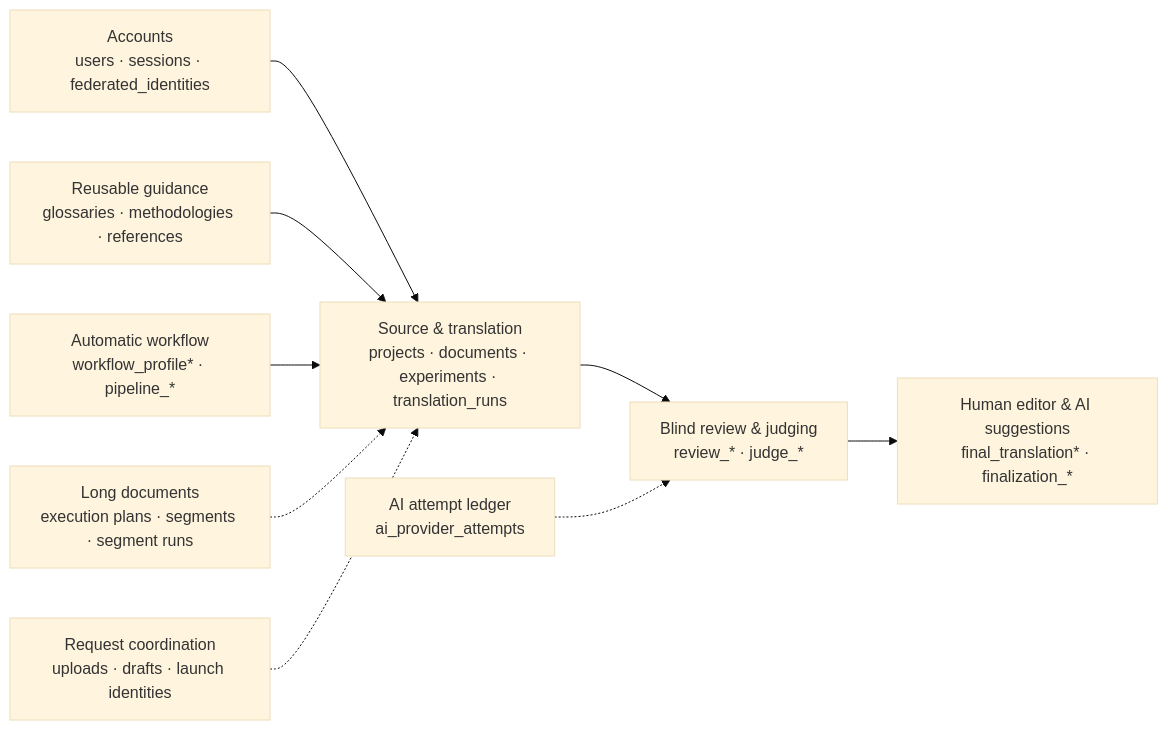
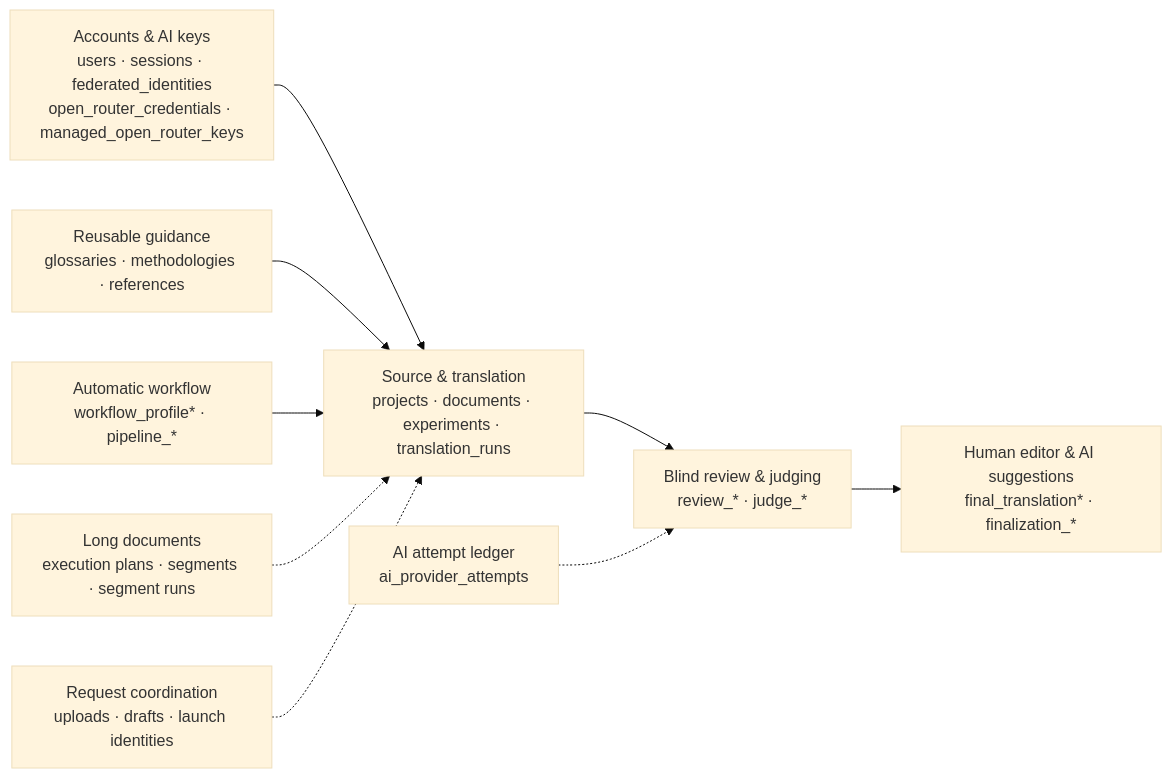
One commit to XKeviNguyen/three_heavens changed the first of 11 diagrams in docs/architecture/database.md. Above: the diagram before and after it, drawn with Mermaid (base theme). The commit also changed other lines of this file and 151 other files, not shown here.

````diff
--- a/docs/architecture/database.md
+++ b/docs/architecture/database.md
@@ -35,11 +35,11 @@
 ```mermaid
 flowchart LR
-  A["Accounts<br/>users · sessions · federated_identities"] --> B["Source & translation<br/>projects · documents · experiments · translation_runs"]
+  A["Accounts & AI keys<br/>users · sessions · federated_identities<br/>open_router_credentials · managed_open_router_keys"] --> B["Source & translation<br/>projects · documents · experiments · translation_runs"]
   B --> C["Blind review & judging<br/>review_* · judge_*"]
   C --> D["Human editor & AI suggestions<br/>final_translation* · finalization_*"]
   G["Reusable guidance<br/>glossaries · methodologies · references"] --> B
   W["Automatic workflow<br/>workflow_profile* · pipeline_*"] --> B
   L["Long documents<br/>execution plans · segments · segment runs"] -.-> B
   X["AI attempt ledger<br/>ai_provider_attempts"] -.-> C
   T["Request coordination<br/>uploads · drafts · launch identities"] -.-> B
 ```
````
